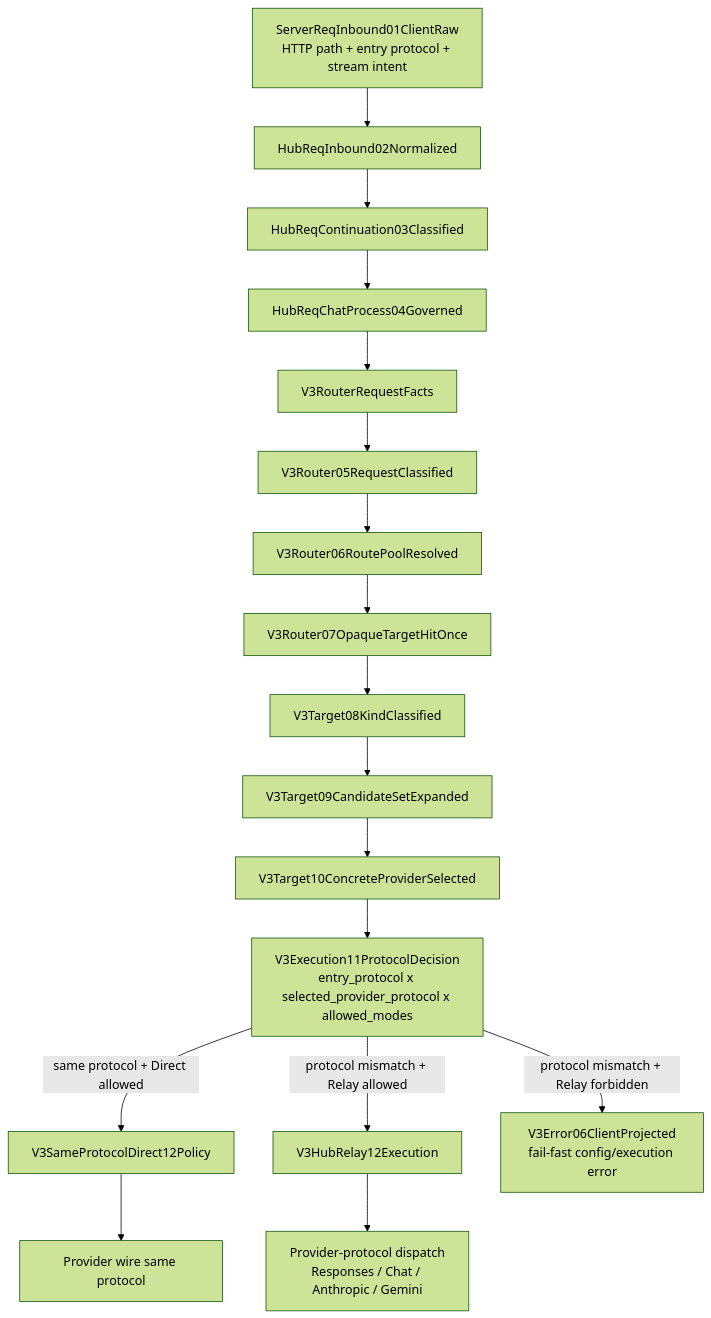
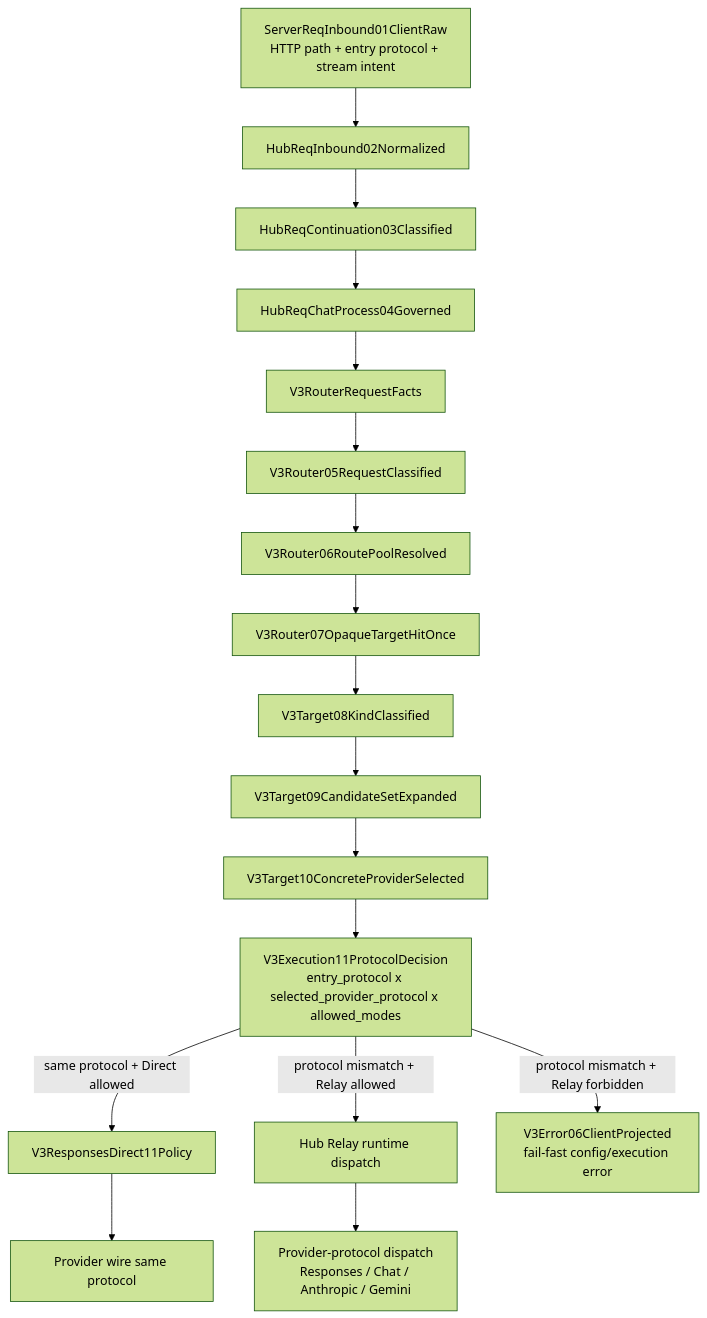
The diagram in docs/goals/v3-vr-target-protocol-execution-decision-sop.md (Jasonzhangf/routecodex), drawn with Mermaid (forest theme) before and after one commit. The commit also changed other lines of this file and 43 other files, not shown here.

Commit message:
fix(v3): route responses by owner and protocol

````diff
--- a/docs/goals/v3-vr-target-protocol-execution-decision-sop.md
+++ b/docs/goals/v3-vr-target-protocol-execution-decision-sop.md
@@ -17,19 +17,19 @@
 ```mermaid
 flowchart TD
   A[ServerReqInbound01ClientRaw\nHTTP path + entry protocol + stream intent] --> B[HubReqInbound02Normalized]
   B --> C[HubReqContinuation03Classified]
   C --> D[HubReqChatProcess04Governed]
   D --> E[V3RouterRequestFacts]
   E --> F[V3Router05RequestClassified]
   F --> G[V3Router06RoutePoolResolved]
   G --> H[V3Router07OpaqueTargetHitOnce]
   H --> I[V3Target08KindClassified]
   I --> J[V3Target09CandidateSetExpanded]
   J --> K[V3Target10ConcreteProviderSelected]
   K --> L[V3Execution11ProtocolDecision\nentry_protocol x selected_provider_protocol x allowed_modes]
-  L -->|same protocol + Direct allowed| M[V3SameProtocolDirect12Policy]
-  L -->|protocol mismatch + Relay allowed| N[V3HubRelay12Execution]
+  L -->|same protocol + Direct allowed| M[V3ResponsesDirect11Policy]
+  L -->|protocol mismatch + Relay allowed| N[Hub Relay runtime dispatch]
   L -->|protocol mismatch + Relay forbidden| O[V3Error06ClientProjected\nfail-fast config/execution error]
   M --> P[Provider wire same protocol]
   N --> Q[Provider-protocol dispatch\nResponses / Chat / Anthropic / Gemini]
 ```
````
